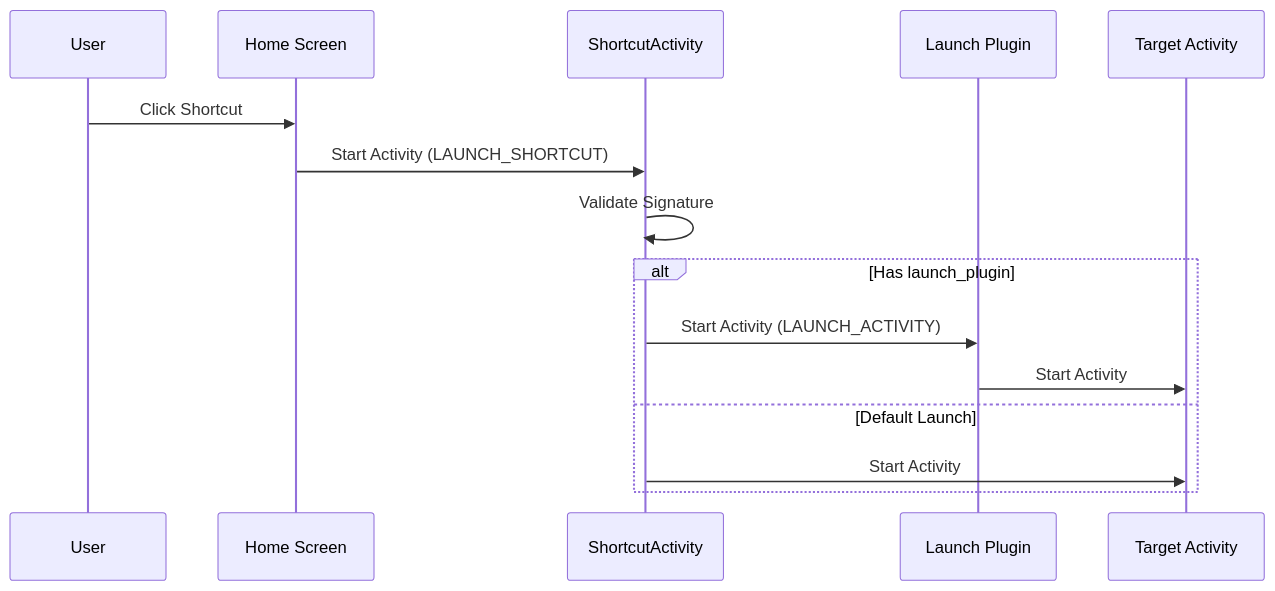
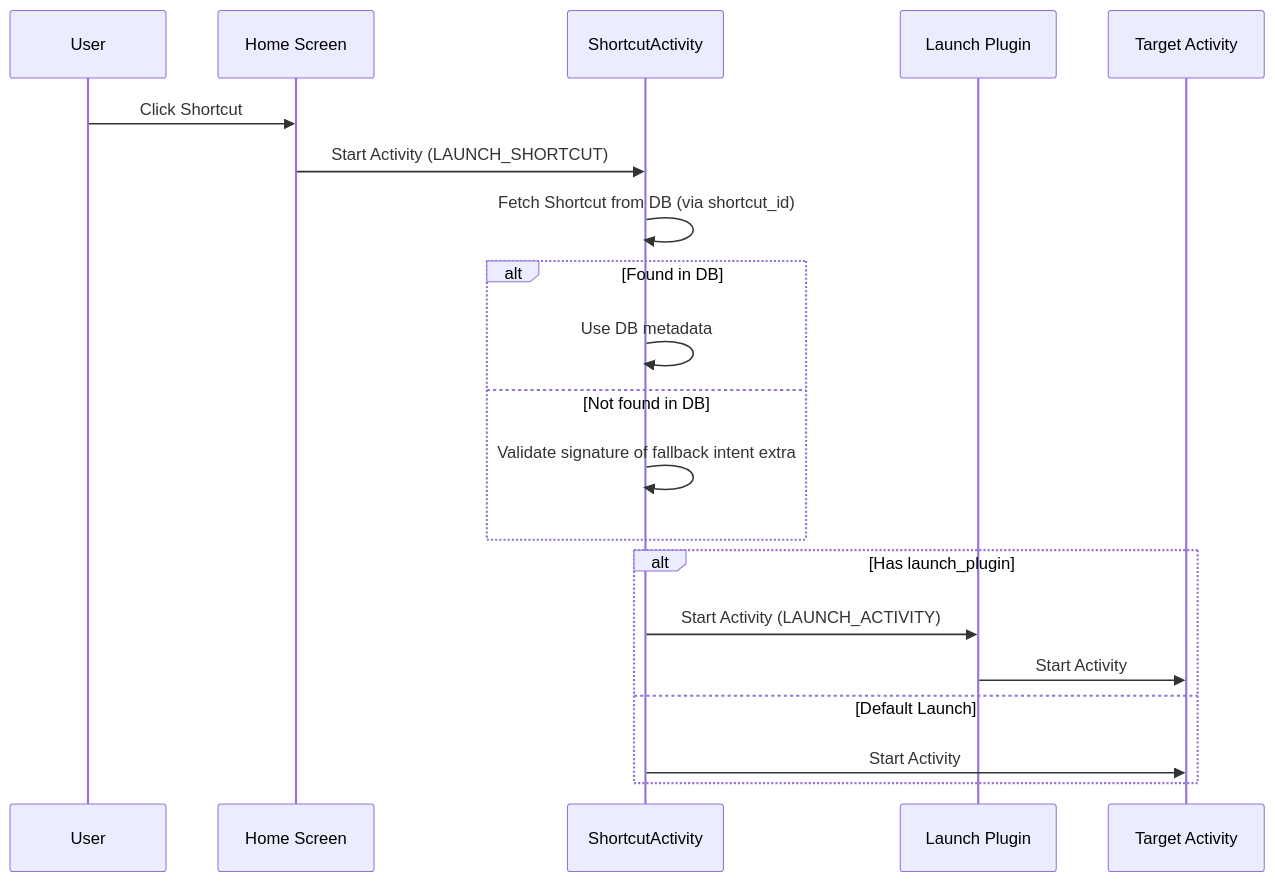
Before and after one commit to butzist/ActivityLauncher: the second of 2 diagrams in PLUGIN_ARCHITECTURE.md, drawn with Mermaid. The commit also changed other lines of this file and 129 other files, not shown here.

````diff
--- a/PLUGIN_ARCHITECTURE.md
+++ b/PLUGIN_ARCHITECTURE.md
@@ -55,18 +52,24 @@
 ```mermaid
 sequenceDiagram
     participant User
     participant Home as Home Screen
     participant AL as ShortcutActivity
     participant LP as Launch Plugin
     participant Target as Target Activity
 
     User->>Home: Click Shortcut
     Home->>AL: Start Activity (LAUNCH_SHORTCUT)
-    AL->>AL: Validate Signature
+    AL->>AL: Fetch Shortcut from DB (via shortcut_id)
+    alt Found in DB
+        AL->>AL: Use DB metadata
+    else Not found in DB
+        AL->>AL: Validate signature of fallback intent extra
+    end
+    
     alt Has launch_plugin
         AL->>LP: Start Activity (LAUNCH_ACTIVITY)
         LP->>Target: Start Activity
     else Default Launch
         AL->>Target: Start Activity
     end
 ```
````
